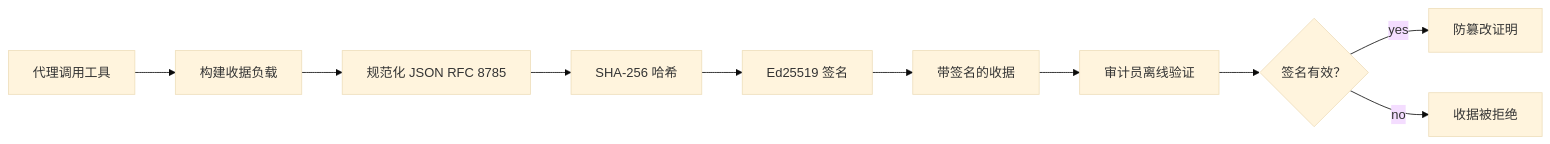
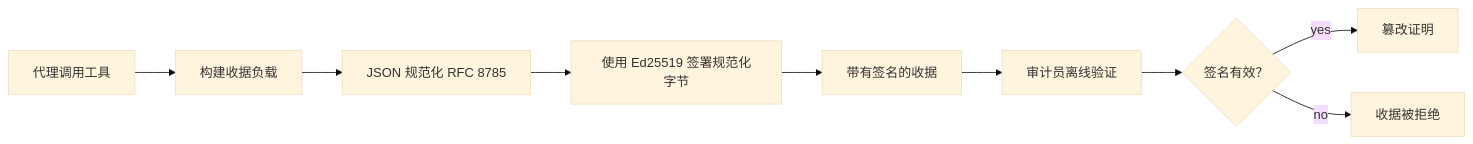
Before and after one commit to gabrielmoreira/agent-skills-mirror: the first of 2 diagrams in mirrors/repos/microsoft@ai-agents-for-beginners/translations/zh-CN/18-securing-ai-agents/README.md, drawn with Mermaid (base theme). The commit also changed other lines of this file and 4262 other files, not shown here.

````diff
--- a/mirrors/repos/microsoft@ai-agents-for-beginners/translations/zh-CN/18-securing-ai-agents/README.md
+++ b/mirrors/repos/microsoft@ai-agents-for-beginners/translations/zh-CN/18-securing-ai-agents/README.md
@@ -51,12 +51,11 @@
 ```mermaid
 flowchart LR
     A[代理调用工具] --> B[构建收据负载]
-    B --> C[规范化 JSON RFC 8785]
-    C --> D[SHA-256 哈希]
-    D --> E[Ed25519 签名]
-    E --> F[带签名的收据]
+    B --> C[JSON 规范化 RFC 8785]
+    C --> E[使用 Ed25519 签署规范化字节]
+    E --> F[带有签名的收据]
     F --> G[审计员离线验证]
     G --> H{签名有效？}
-    H -- yes --> I[防篡改证明]
+    H -- yes --> I[篡改证明]
     H -- no --> J[收据被拒绝]
 ```
````
